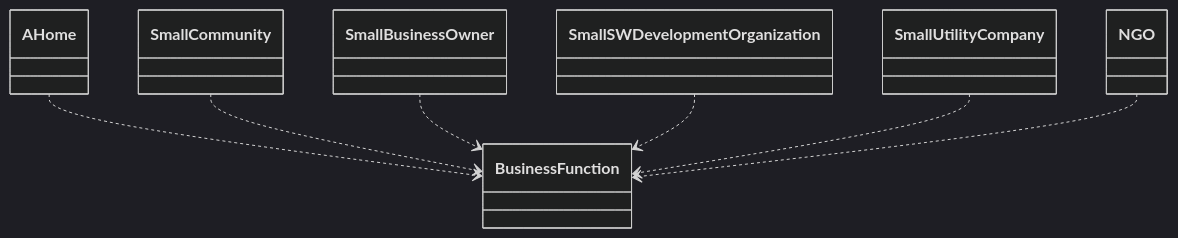
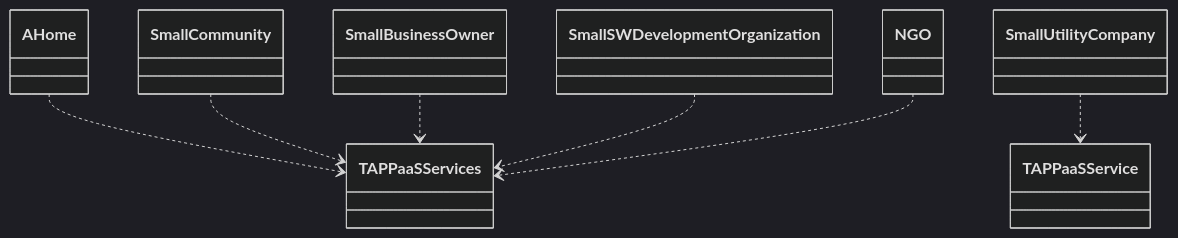
The second of 3 diagrams in Documentation/Architecture/Capabilities.md (TAPPaaS/TAPPaaS), drawn with Mermaid (dark theme) before and after one commit. The commit also changed other lines of this file and 1 other file, not shown here.

Commit message:
small updates

````diff
--- a/Documentation/Architecture/Capabilities.md
+++ b/Documentation/Architecture/Capabilities.md
@@ -36,10 +36,10 @@
 ```mermaid
 classDiagram
-  A Home ..> Business Function
-  Small Community ..> Business Function
-  Small Business Owner ..> Business Function
-  Small SW Development Organization ..> Business Function
-  Small Utility Company ..> Business Function
-  NGO ..> Business Function
+  A Home ..> TAPPaaS Services
+  Small Community ..> TAPPaaS Services
+  Small Business Owner ..> TAPPaaS Services
+  Small SW Development Organization ..> TAPPaaS Services
+  Small Utility Company ..> TAPPaaS Service
+  NGO ..> TAPPaaS Services
   
 ```
````
